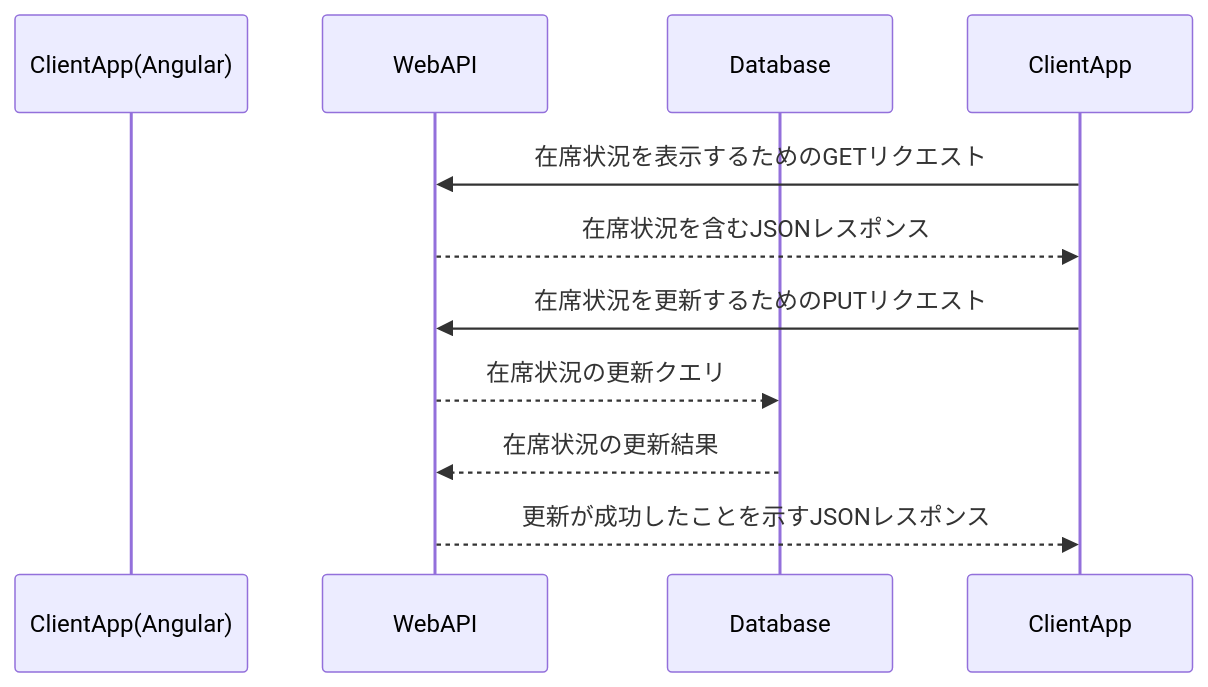
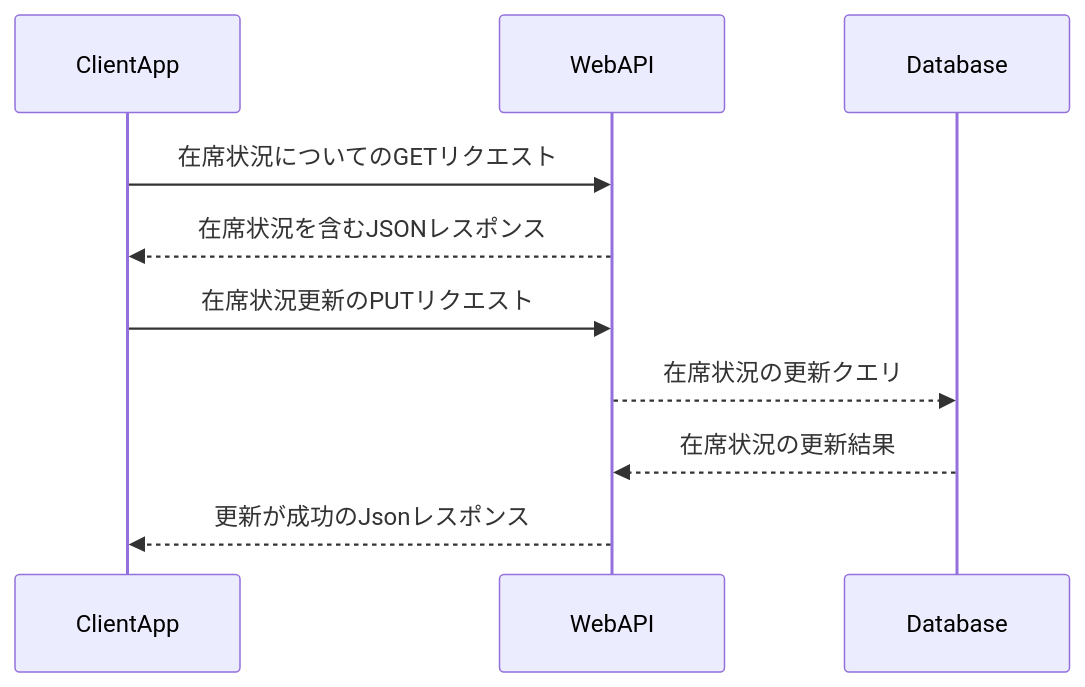
Before and after one commit to hidekazunasu/attendance-management: the third of 5 diagrams in README.md, drawn with Mermaid.

Commit message:
fix sequenceDiagram in README.md

````diff
--- a/README.md
+++ b/README.md
@@ -32,16 +32,16 @@
 ```mermaid
 sequenceDiagram
-    participant ClientApp(Angular)
+    participant ClientApp
     participant WebAPI
     participant Database
 
-    ClientApp->>WebAPI: 在席状況を表示するためのGETリクエスト
+    ClientApp->>WebAPI: 在席状況についてのGETリクエスト
     WebAPI-->>ClientApp: 在席状況を含むJSONレスポンス
 
-    ClientApp->>WebAPI: 在席状況を更新するためのPUTリクエスト
+    ClientApp->>WebAPI: 在席状況更新のPUTリクエスト
     WebAPI-->>Database: 在席状況の更新クエリ
     Database-->>WebAPI: 在席状況の更新結果
-    WebAPI-->>ClientApp: 更新が成功したことを示すJSONレスポンス
+    WebAPI-->>ClientApp: 更新が成功のJsonレスポンス
 
 
 ```
````
